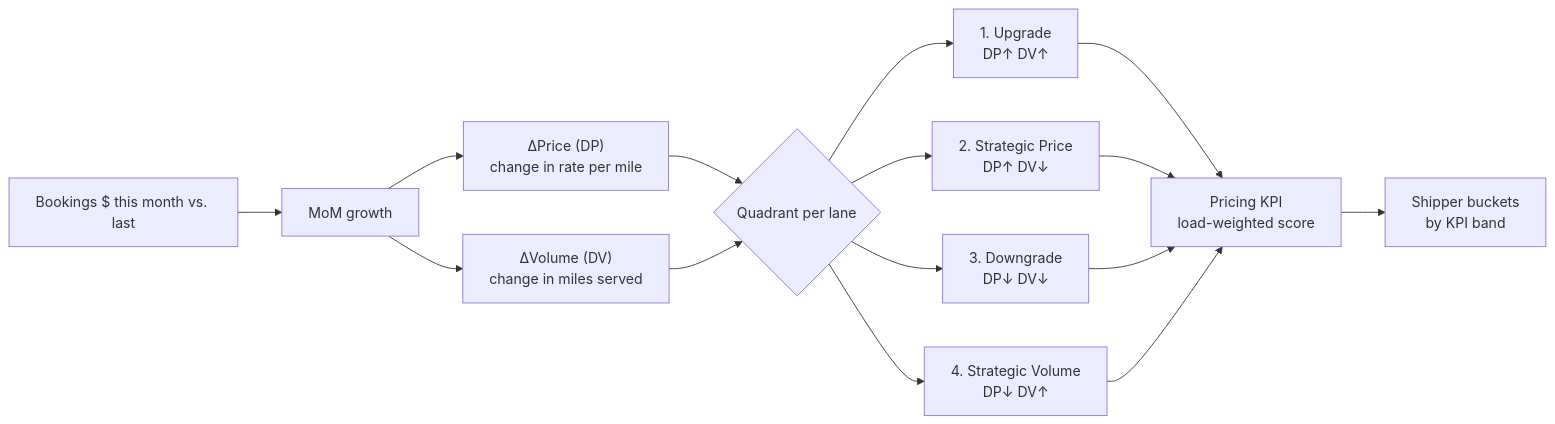
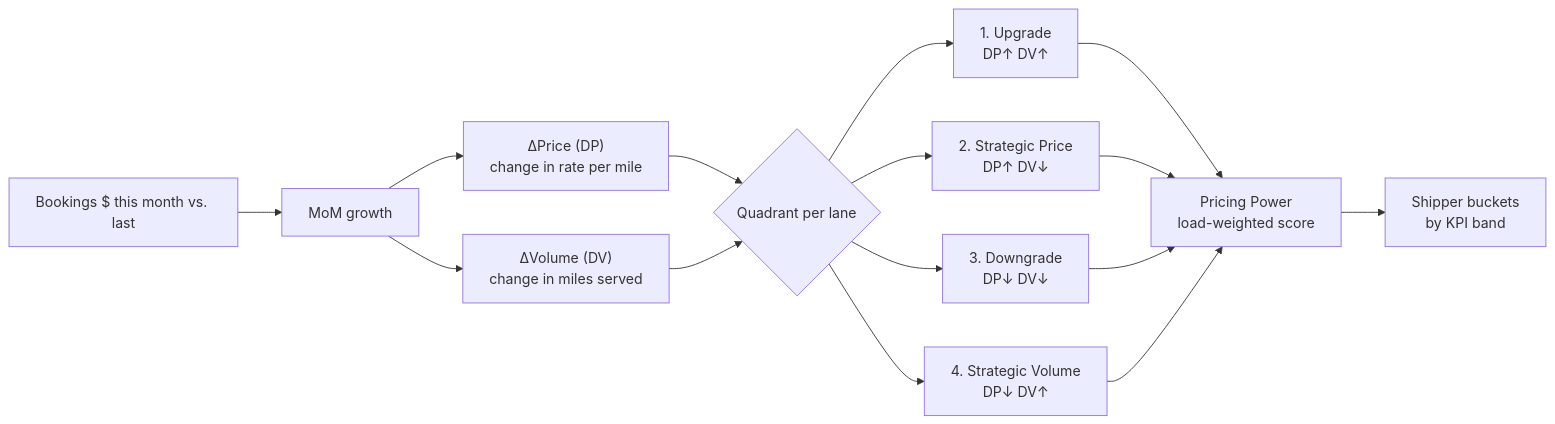
One commit to kauemelo01/Pricing-Power changed the diagram in README.md. Above: the diagram before and after it, drawn with Mermaid. The commit also changed other lines of this file and 4 other files, not shown here.

First line of the commit message:
Rename the Pricing KPI measure and all mentions to Pricing Power

````diff
--- a/README.md
+++ b/README.md
@@ -39,17 +39,17 @@
 ```mermaid
 flowchart LR
     B[Bookings $ this month vs. last] --> MoM[MoM growth]
     MoM --> DP["ΔPrice (DP)<br/>change in rate per mile"]
     MoM --> DV["ΔVolume (DV)<br/>change in miles served"]
     DP --> Q{Quadrant per lane}
     DV --> Q
     Q --> U["1. Upgrade<br/>DP↑ DV↑"]
     Q --> SP["2. Strategic Price<br/>DP↑ DV↓"]
     Q --> D["3. Downgrade<br/>DP↓ DV↓"]
     Q --> SV["4. Strategic Volume<br/>DP↓ DV↑"]
-    U --> K[Pricing KPI<br/>load-weighted score]
+    U --> K[Pricing Power<br/>load-weighted score]
     SP --> K
     D --> K
     SV --> K
     K --> BK[Shipper buckets<br/>by KPI band]
 ```
````
